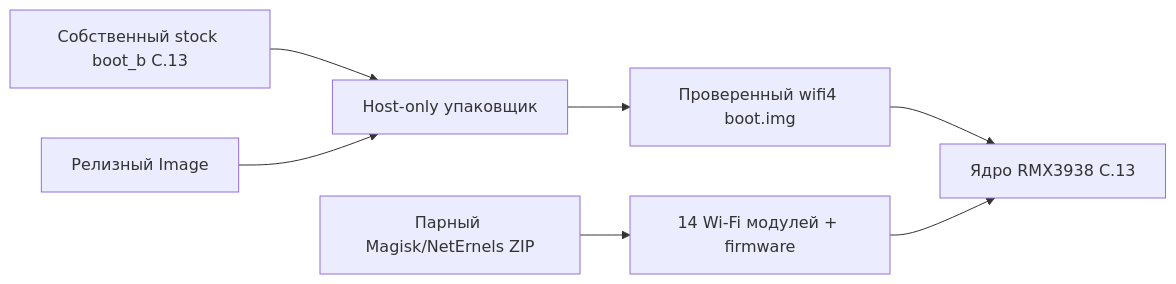
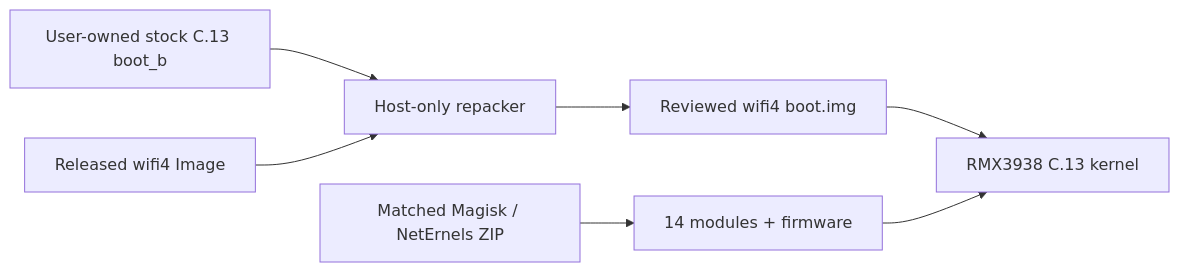
One commit to Ivanich69/realme-note60x-wifi-drivers changed the diagram in README.md. Above: the diagram before and after it, drawn with Mermaid. The commit also changed other lines of this file and 13 other files, not shown here.

````diff
--- a/README.md
+++ b/README.md
@@ -38,9 +45,9 @@
 ```mermaid
 flowchart LR
-    A[Собственный stock boot_b C.13] --> C[Host-only упаковщик]
-    B[Релизный Image] --> C
-    C --> D[Проверенный wifi4 boot.img]
-    E[Парный Magisk/NetErnels ZIP] --> F[14 Wi-Fi модулей + firmware]
-    D --> G[Ядро RMX3938 C.13]
+    A[User-owned stock C.13 boot_b] --> C[Host-only repacker]
+    B[Released wifi4 Image] --> C
+    C --> D[Reviewed wifi4 boot.img]
+    E[Matched Magisk / NetErnels ZIP] --> F[14 modules + firmware]
+    D --> G[RMX3938 C.13 kernel]
     F --> G
 ```
````
